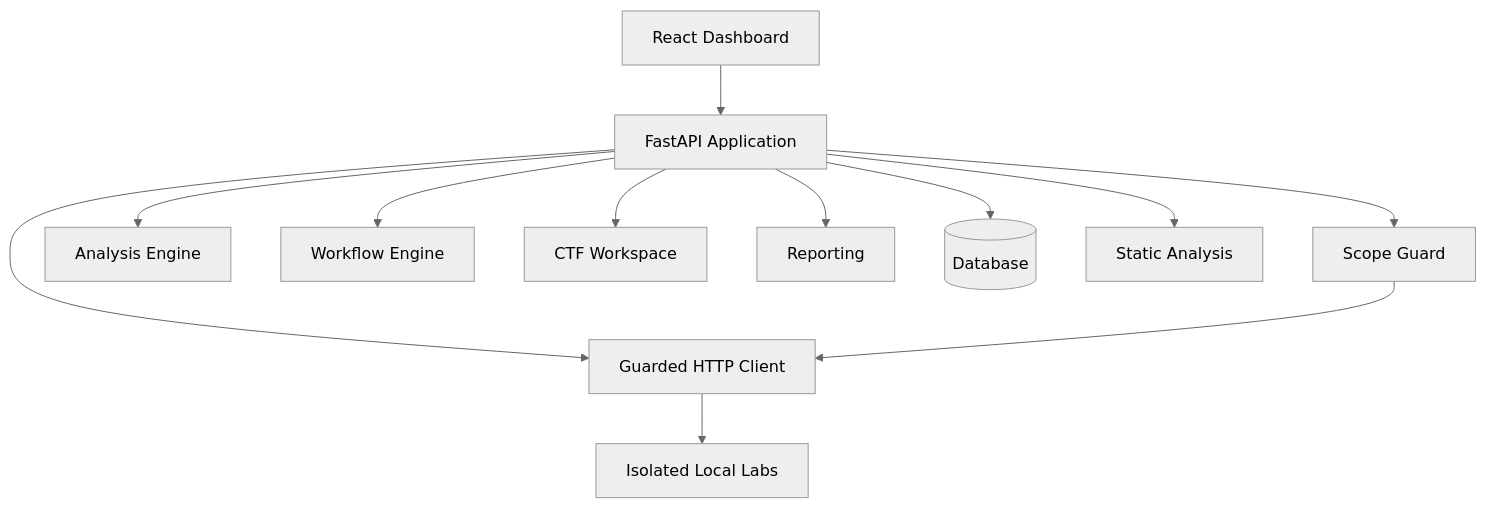
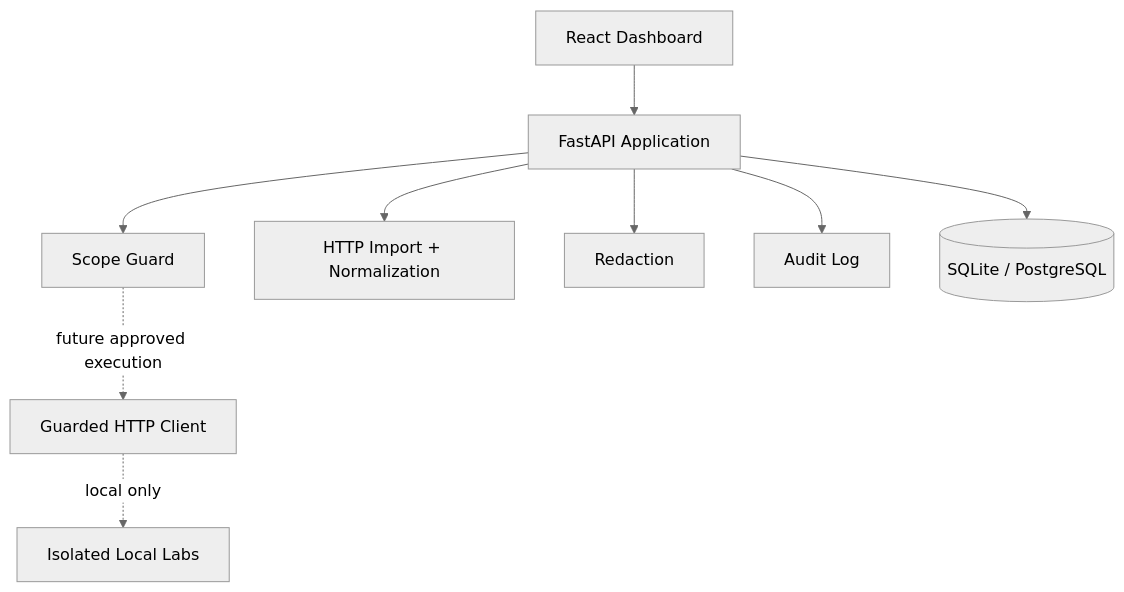
Before and after one commit to MintKangaroo/WebHacking_Lab: the first of 2 diagrams in README.md, drawn with Mermaid (neutral theme). The commit also changed other lines of this file and 6 other files, not shown here.

````diff
--- a/README.md
+++ b/README.md
@@ -54,14 +91,11 @@
 ```mermaid
 flowchart TD
     UI[React Dashboard] --> API[FastAPI Application]
     API --> SG[Scope Guard]
-    API --> HC[Guarded HTTP Client]
-    API --> AE[Analysis Engine]
-    API --> WF[Workflow Engine]
-    API --> CTF[CTF Workspace]
-    API --> RP[Reporting]
-    API --> DB[(Database)]
-    API --> SA[Static Analysis]
-    SG --> HC
-    HC --> LAB[Isolated Local Labs]
+    API --> IM[HTTP Import + Normalization]
+    API --> RD[Redaction]
+    API --> AU[Audit Log]
+    API --> DB[(SQLite / PostgreSQL)]
+    SG -. future approved execution .-> HC[Guarded HTTP Client]
+    HC -. local only .-> LAB[Isolated Local Labs]
 ```
````
